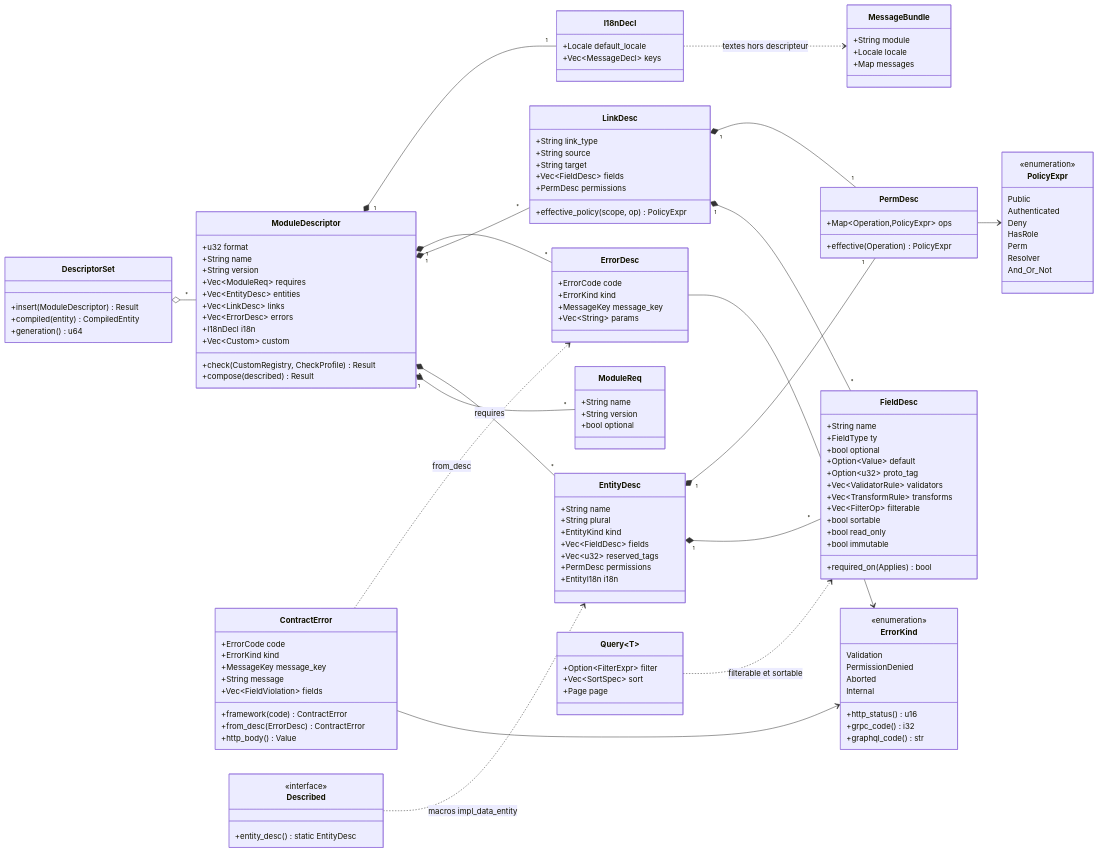
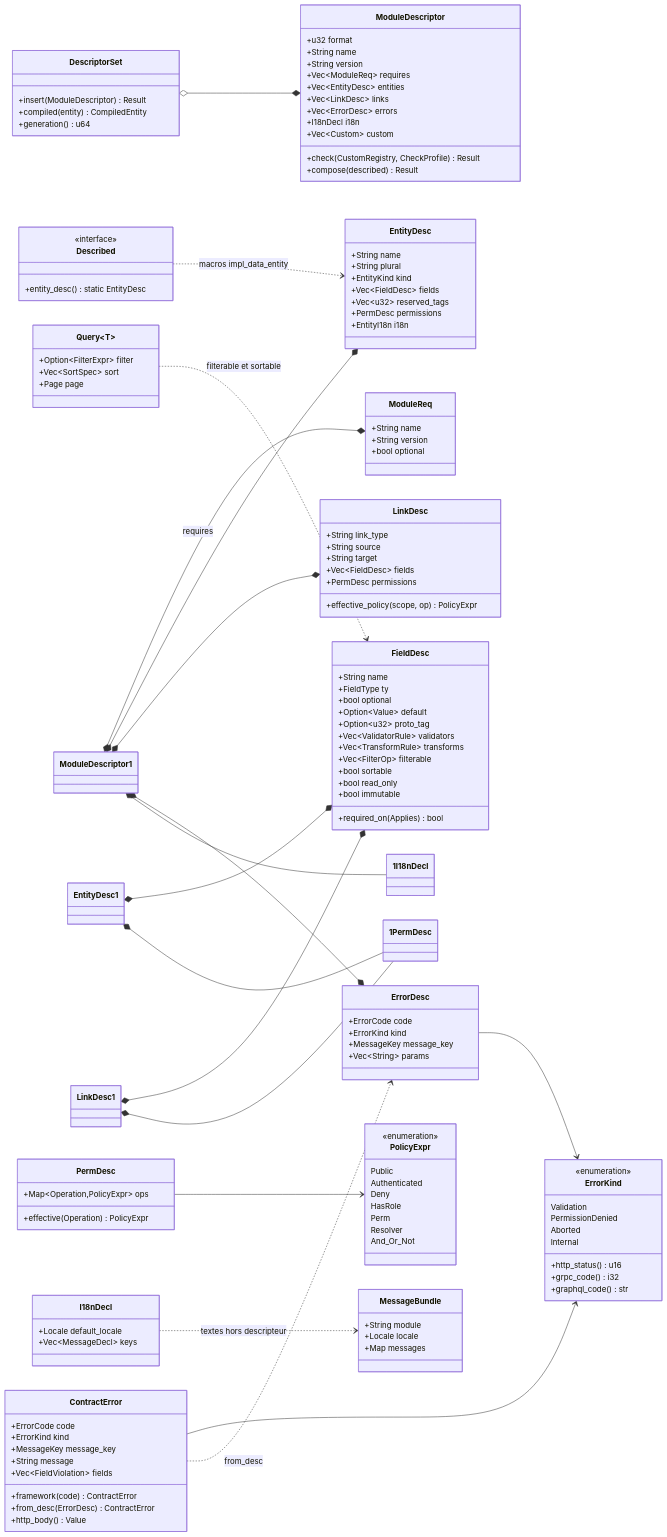
One commit to this-rs/this changed the diagram in docs/atlas/module-descriptor/descripteur-classes.mmd. Above: the diagram before and after it, drawn with Mermaid. The commit also changed 1 other file, not shown here.

Commit message:
docs(atlas): unquote classDiagram cardinalities (lint) + dispatch-layer note in runtime load

```diff
--- a/docs/atlas/module-descriptor/descripteur-classes.mmd
+++ b/docs/atlas/module-descriptor/descripteur-classes.mmd
@@ -1,136 +1,136 @@
 classDiagram
 %% name: module-descriptor-classes
 %% PROUVE : forme du code de crates/this-descriptor/src (fondation, v2) ; JSON et YAML aller-retour testes
 %%   (descriptor_json_roundtrip, descriptor_yaml_roundtrip).
 %% SOURCES LUES : crates/this-descriptor/src/{module,entity,field,link,error,perm,i18n,query,custom}.rs.
 %% NON ETABLI : rien d'autre que ce que les tests couvrent ; le code fait foi en cas d'ecart.
     direction LR
     class ModuleDescriptor {
         +u32 format
         +String name
         +String version
         +Vec~ModuleReq~ requires
         +Vec~EntityDesc~ entities
         +Vec~LinkDesc~ links
         +Vec~ErrorDesc~ errors
         +I18nDecl i18n
         +Vec~Custom~ custom
         +check(CustomRegistry, CheckProfile) Result
         +compose(described) Result
     }
     class ModuleReq {
         +String name
         +String version
         +bool optional
     }
     class EntityDesc {
         +String name
         +String plural
         +EntityKind kind
         +Vec~FieldDesc~ fields
         +Vec~u32~ reserved_tags
         +PermDesc permissions
         +EntityI18n i18n
     }
     class FieldDesc {
         +String name
         +FieldType ty
         +bool optional
         +Option~Value~ default
         +Option~u32~ proto_tag
         +Vec~ValidatorRule~ validators
         +Vec~TransformRule~ transforms
         +Vec~FilterOp~ filterable
         +bool sortable
         +bool read_only
         +bool immutable
         +required_on(Applies) bool
     }
     class LinkDesc {
         +String link_type
         +String source
         +String target
         +Vec~FieldDesc~ fields
         +PermDesc permissions
         +effective_policy(scope, op) PolicyExpr
     }
     class ErrorDesc {
         +ErrorCode code
         +ErrorKind kind
         +MessageKey message_key
         +Vec~String~ params
     }
     class ContractError {
         +ErrorCode code
         +ErrorKind kind
         +MessageKey message_key
         +String message
         +Vec~FieldViolation~ fields
         +framework(code) ContractError
         +from_desc(ErrorDesc) ContractError
         +http_body() Value
     }
     class ErrorKind {
         <<enumeration>>
         Validation
         PermissionDenied
         Aborted
         Internal
         +http_status() u16
         +grpc_code() i32
         +graphql_code() str
     }
     class PermDesc {
         +Map~Operation,PolicyExpr~ ops
         +effective(Operation) PolicyExpr
     }
     class PolicyExpr {
         <<enumeration>>
         Public
         Authenticated
         Deny
         HasRole
         Perm
         Resolver
         And_Or_Not
     }
     class I18nDecl {
         +Locale default_locale
         +Vec~MessageDecl~ keys
     }
     class MessageBundle {
         +String module
         +Locale locale
         +Map messages
     }
     class Query~T~ {
         +Option~FilterExpr~ filter
         +Vec~SortSpec~ sort
         +Page page
     }
     class DescriptorSet {
         +insert(ModuleDescriptor) Result
         +compiled(entity) CompiledEntity
         +generation() u64
     }
     class Described {
         <<interface>>
         +entity_desc() static EntityDesc
     }
-    ModuleDescriptor "1" *-- "*" ModuleReq : requires
-    ModuleDescriptor "1" *-- "*" EntityDesc
-    ModuleDescriptor "1" *-- "*" LinkDesc
-    ModuleDescriptor "1" *-- "*" ErrorDesc
-    ModuleDescriptor "1" *-- "1" I18nDecl
+    ModuleDescriptor 1 *-- * ModuleReq : requires
+    ModuleDescriptor 1 *-- * EntityDesc
+    ModuleDescriptor 1 *-- * LinkDesc
+    ModuleDescriptor 1 *-- * ErrorDesc
+    ModuleDescriptor 1 *-- 1 I18nDecl
     I18nDecl ..> MessageBundle : textes hors descripteur
-    EntityDesc "1" *-- "*" FieldDesc
-    EntityDesc "1" *-- "1" PermDesc
-    LinkDesc "1" *-- "*" FieldDesc
-    LinkDesc "1" *-- "1" PermDesc
+    EntityDesc 1 *-- * FieldDesc
+    EntityDesc 1 *-- 1 PermDesc
+    LinkDesc 1 *-- * FieldDesc
+    LinkDesc 1 *-- 1 PermDesc
     PermDesc --> PolicyExpr
     ErrorDesc --> ErrorKind
     ContractError --> ErrorKind
     ContractError ..> ErrorDesc : from_desc
-    DescriptorSet o-- "*" ModuleDescriptor
+    DescriptorSet o-- * ModuleDescriptor
     Query~T~ ..> FieldDesc : filterable et sortable
     Described ..> EntityDesc : macros impl_data_entity
```
